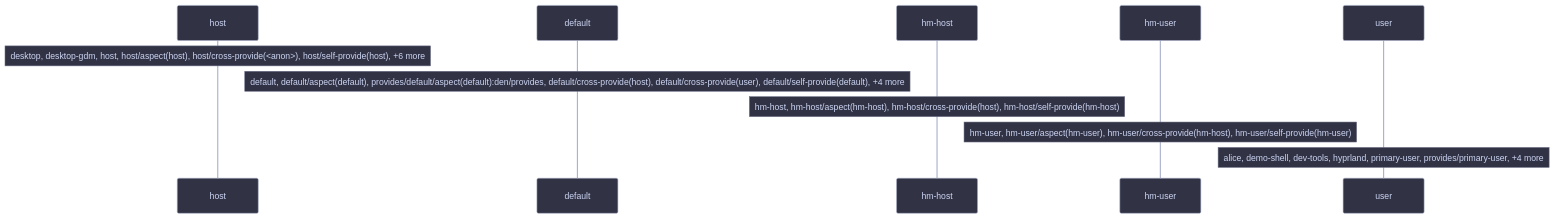
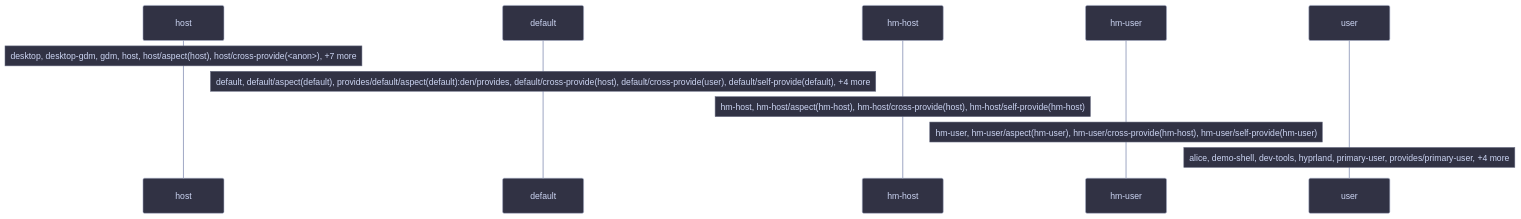
The diagram in templates/diag-fx-demo/diagrams/desktop-gdm-seq.md (sini/den), drawn with Mermaid before and after one commit. The commit also changed 526 other files, not shown here.

Commit message:
chore: update fx diagrams

````diff
--- a/templates/diag-fx-demo/diagrams/desktop-gdm-seq.md
+++ b/templates/diag-fx-demo/diagrams/desktop-gdm-seq.md
@@ -5,16 +5,16 @@
 ```mermaid
 %%{init: {"theme":"base","themeVariables":{"activationBkgColor":"#313244","activationBorderColor":"#6c7086","actorBkg":"#313244","actorBorder":"#a6adc8","actorLineColor":"#a6adc8","actorTextColor":"#cdd6f4","background":"#1e1e2e","classText":"#cdd6f4","clusterBkg":"#313244","clusterBorder":"#6c7086","edgeLabelBackground":"#1e1e2e","labelBoxBkgColor":"#313244","labelBoxBorderColor":"#a6adc8","labelTextColor":"#cdd6f4","lineColor":"#a6adc8","loopTextColor":"#cdd6f4","mainBkg":"#313244","nodeBkg":"#313244","nodeBorder":"#a6adc8","nodeTextColor":"#cdd6f4","noteBkgColor":"#313244","noteBorderColor":"#6c7086","noteTextColor":"#cdd6f4","pie1":"#f38ba8","pie2":"#fab387","pie3":"#f9e2af","pie4":"#a6e3a1","pie5":"#94e2d5","pie6":"#89b4fa","pie7":"#cba6f7","pie8":"#f2cdcd","pieLegendTextColor":"#cdd6f4","pieOuterStrokeColor":"#6c7086","pieSectionTextColor":"#cdd6f4","pieStrokeColor":"#6c7086","pieTitleTextColor":"#cdd6f4","primaryBorderColor":"#a6adc8","primaryColor":"#313244","primaryTextColor":"#cdd6f4","secondBkg":"#313244","secondaryBorderColor":"#6c7086","secondaryColor":"#313244","secondaryTextColor":"#cdd6f4","sequenceNumberColor":"#1e1e2e","signalColor":"#a6adc8","signalTextColor":"#cdd6f4","tertiaryBorderColor":"#6c7086","tertiaryColor":"#313244","tertiaryTextColor":"#cdd6f4","textColor":"#cdd6f4","titleColor":"#cdd6f4"}}}%%
 sequenceDiagram
     participant host as host
     participant p_default as default
     participant hm_host as hm-host
     participant hm_user as hm-user
     participant user as user
 
 
-    Note over host: desktop, desktop-gdm, host, host/aspect(host), host/cross-provide(<anon>), host/self-provide(host), +6 more
+    Note over host: desktop, desktop-gdm, gdm, host, host/aspect(host), host/cross-provide(<anon>), +7 more
     Note over p_default: default, default/aspect(default), provides/default/aspect(default):den/provides, default/cross-provide(host), default/cross-provide(user), default/self-provide(default), +4 more
     Note over hm_host: hm-host, hm-host/aspect(hm-host), hm-host/cross-provide(host), hm-host/self-provide(hm-host)
     Note over hm_user: hm-user, hm-user/aspect(hm-user), hm-user/cross-provide(hm-host), hm-user/self-provide(hm-user)
     Note over user: alice, demo-shell, dev-tools, hyprland, primary-user, provides/primary-user, +4 more
 ```
````
